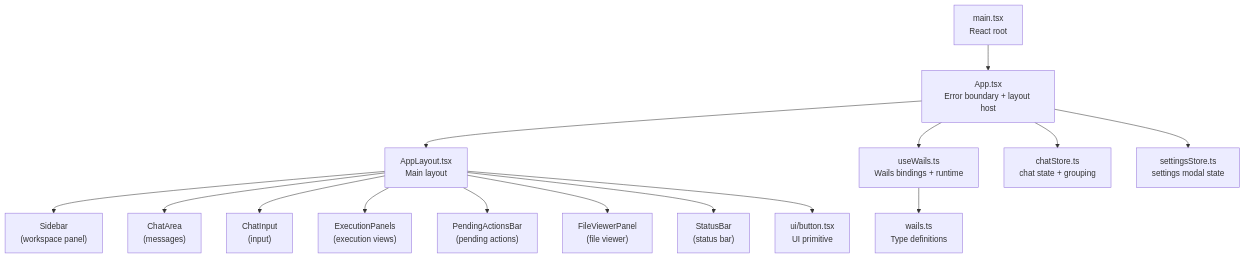
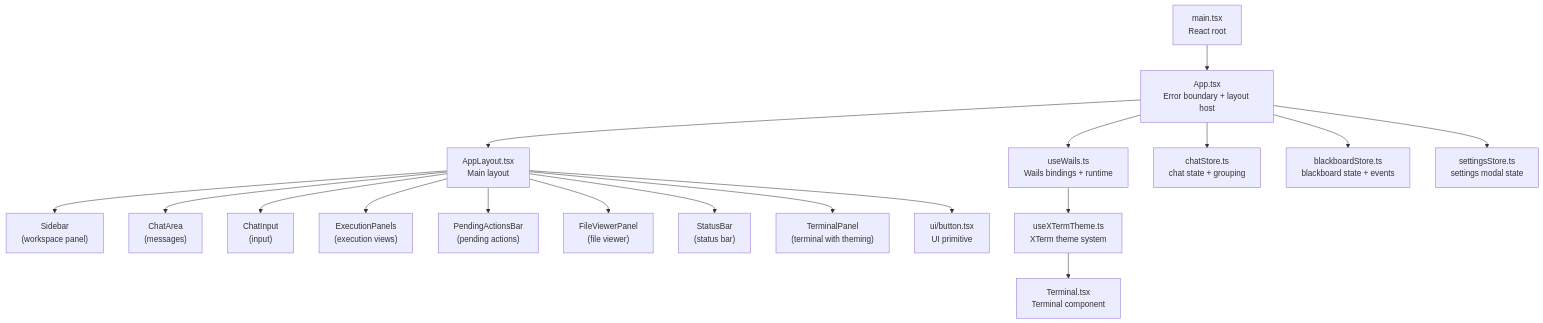
Before and after one commit to v0lka/c0wrk: the first of 11 diagrams in .qoder/repowiki/en/content/Frontend Application/Frontend Application.md, drawn with Mermaid. The commit also changed other lines of this file and 52 other files, not shown here.

````diff
--- a/.qoder/repowiki/en/content/Frontend Application/Frontend Application.md
+++ b/.qoder/repowiki/en/content/Frontend Application/Frontend Application.md
@@ -45,17 +60,20 @@
 ```mermaid
 graph TB
 A["main.tsx<br/>React root"] --> B["App.tsx<br/>Error boundary + layout host"]
 B --> C["AppLayout.tsx<br/>Main layout"]
 C --> D["Sidebar<br/>(workspace panel)"]
 C --> E["ChatArea<br/>(messages)"]
 C --> F["ChatInput<br/>(input)"]
 C --> G["ExecutionPanels<br/>(execution views)"]
 C --> H["PendingActionsBar<br/>(pending actions)"]
 C --> I["FileViewerPanel<br/>(file viewer)"]
 C --> J["StatusBar<br/>(status bar)"]
-B --> K["useWails.ts<br/>Wails bindings + runtime"]
-K --> L["wails.ts<br/>Type definitions"]
-B --> M["chatStore.ts<br/>chat state + grouping"]
-B --> N["settingsStore.ts<br/>settings modal state"]
-C --> O["ui/button.tsx<br/>UI primitive"]
+C --> K["TerminalPanel<br/>(terminal with theming)"]
+B --> L["useWails.ts<br/>Wails bindings + runtime"]
+L --> M["useXTermTheme.ts<br/>XTerm theme system"]
+M --> N["Terminal.tsx<br/>Terminal component"]
+B --> O["chatStore.ts<br/>chat state + grouping"]
+B --> P["blackboardStore.ts<br/>blackboard state + events"]
+B --> Q["settingsStore.ts<br/>settings modal state"]
+C --> R["ui/button.tsx<br/>UI primitive"]
 ```
````
